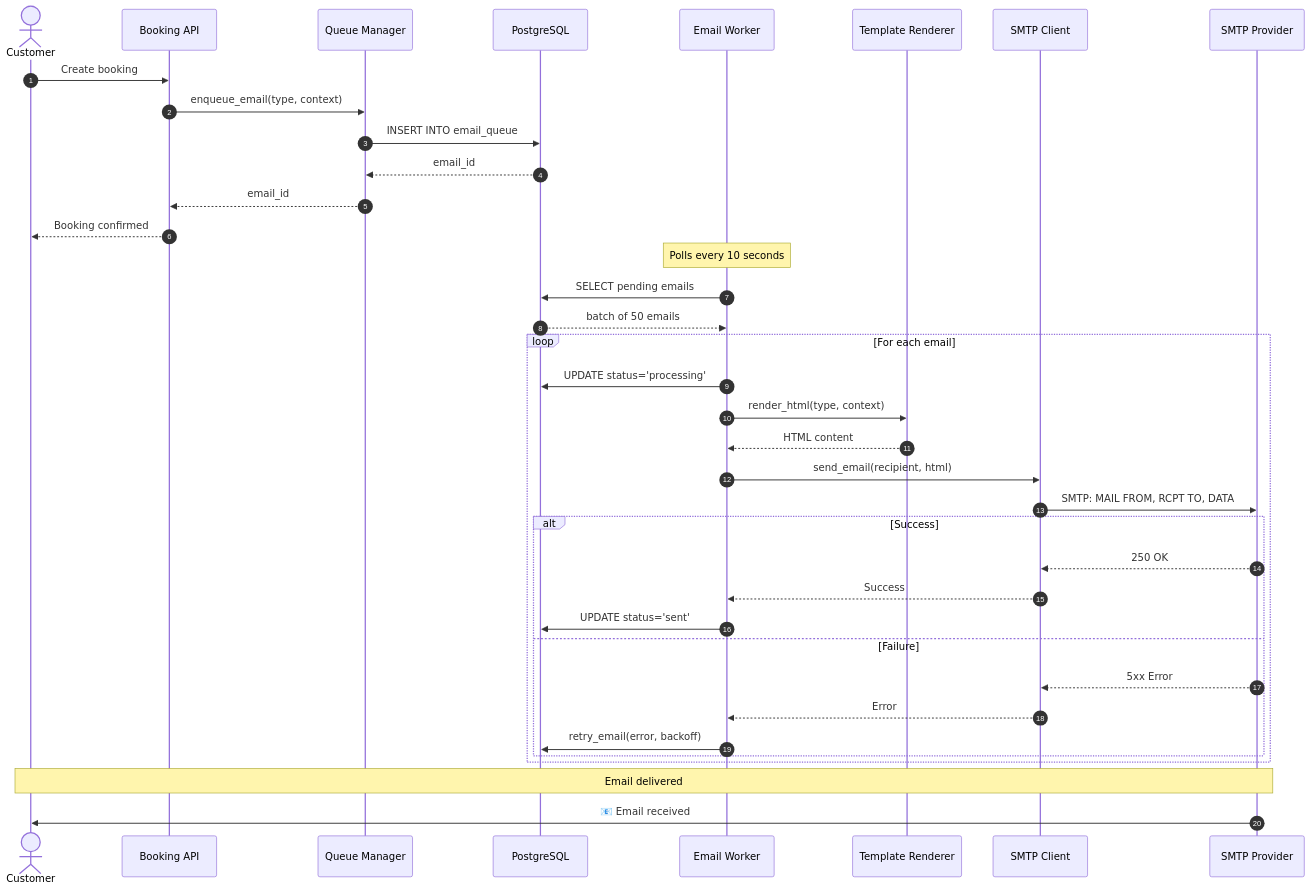
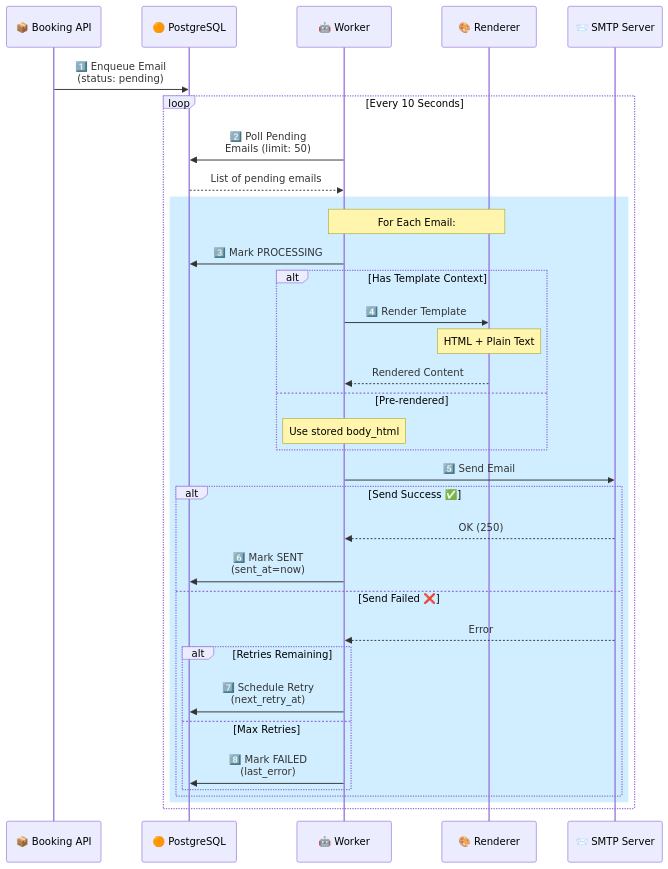
The fourth of 4 diagrams in email_service/README.md (javierjortiz82/MCP-Server), drawn with Mermaid before and after one commit. The commit also changed other lines of this file and 45 other files, not shown here.

````diff
--- a/email_service/README.md
+++ b/email_service/README.md
@@ -153,45 +196,44 @@
 ```mermaid
 sequenceDiagram
-    autonumber
-    actor Customer
-    participant BookingAPI as Booking API
-    participant Queue as Queue Manager
-    participant DB as PostgreSQL
-    participant Worker as Email Worker
-    participant Template as Template Renderer
-    participant SMTP as SMTP Client
-    participant Provider as SMTP Provider
+    participant API as 📦 Booking API
+    participant DB as 🟠 PostgreSQL
+    participant WORKER as 🤖 Worker
+    participant RENDER as 🎨 Renderer
+    participant SMTP as 📨 SMTP Server
 
-    Customer->>BookingAPI: Create booking
-    BookingAPI->>Queue: enqueue_email(type, context)
-    Queue->>DB: INSERT INTO email_queue
-    DB-->>Queue: email_id
-    Queue-->>BookingAPI: email_id
-    BookingAPI-->>Customer: Booking confirmed
+    API->>DB: 1️⃣ Enqueue Email<br/>(status: pending)
 
-    Note over Worker: Polls every 10 seconds
+    loop Every 10 Seconds
+        WORKER->>DB: 2️⃣ Poll Pending<br/>Emails (limit: 50)
+        DB-->>WORKER: List of pending emails
 
-    Worker->>DB: SELECT pending emails
-    DB-->>Worker: batch of 50 emails
+        rect rgba(100, 200, 255, 0.3)
+            Note over WORKER,RENDER: For Each Email:
 
-    loop For each email
-        Worker->>DB: UPDATE status='processing'
-        Worker->>Template: render_html(type, context)
-        Template-->>Worker: HTML content
-        Worker->>SMTP: send_email(recipient, html)
-        SMTP->>Provider: SMTP: MAIL FROM, RCPT TO, DATA
+            WORKER->>DB: 3️⃣ Mark PROCESSING
 
-        alt Success
-            Provider-->>SMTP: 250 OK
-            SMTP-->>Worker: Success
-            Worker->>DB: UPDATE status='sent'
-        else Failure
-            Provider-->>SMTP: 5xx Error
-            SMTP-->>Worker: Error
-            Worker->>DB: retry_email(error, backoff)
+            alt Has Template Context
+                WORKER->>RENDER: 4️⃣ Render Template
+                Note over RENDER: HTML + Plain Text
+                RENDER-->>WORKER: Rendered Content
+            else Pre-rendered
+                Note over WORKER: Use stored body_html
+            end
+
+            WORKER->>SMTP: 5️⃣ Send Email
+
+            alt Send Success ✅
+                SMTP-->>WORKER: OK (250)
+                WORKER->>DB: 6️⃣ Mark SENT<br/>(sent_at=now)
+            else Send Failed ❌
+                SMTP-->>WORKER: Error
+
+                alt Retries Remaining
+                    WORKER->>DB: 7️⃣ Schedule Retry<br/>(next_retry_at)
+                else Max Retries
+                    WORKER->>DB: 8️⃣ Mark FAILED<br/>(last_error)
+                end
+            end
         end
     end
-
-    Note over Provider,Customer: Email delivered
-    Provider->>Customer: 📧 Email received
 ```
````
